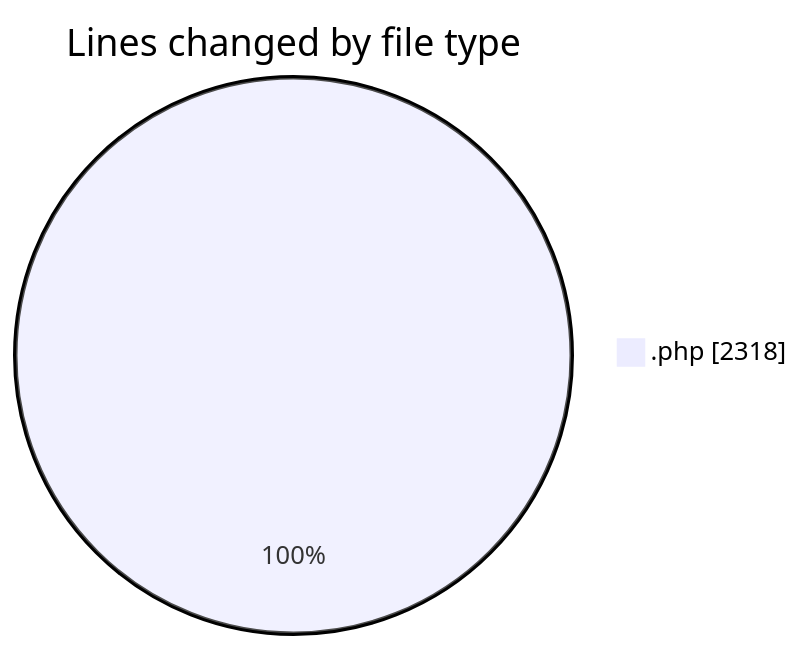
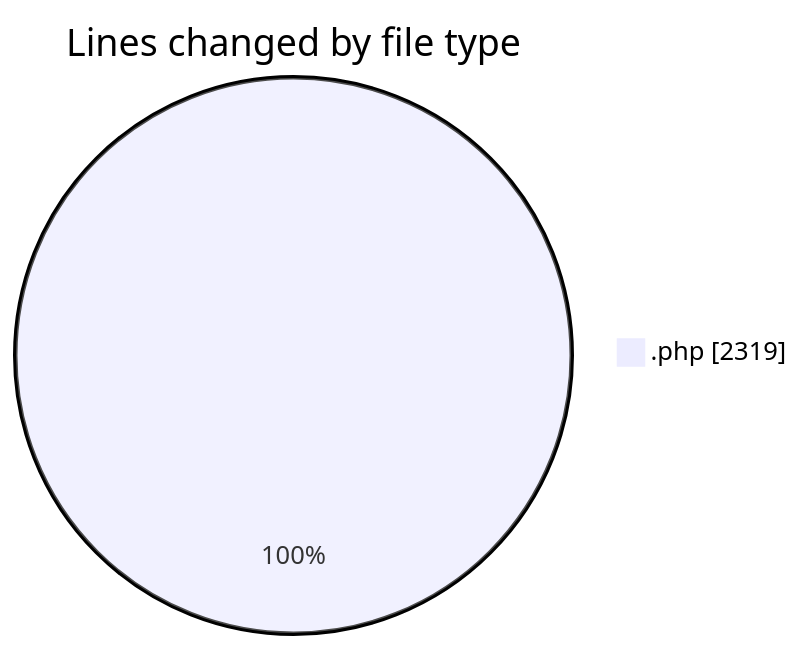
The first of 2 diagrams in 2025-10-29/untitled__workspace_/README.md (debugP/code-tracking), drawn with Mermaid before and after one commit. The commit also changed other lines of this file and 1 other file, not shown here.

````diff
--- a/2025-10-29/untitled__workspace_/README.md
+++ b/2025-10-29/untitled__workspace_/README.md
@@ -21,5 +21,5 @@
 ```mermaid
 pie showData
 title Lines changed by file type
-".php" : 2318
+".php" : 2319
 ```
````
